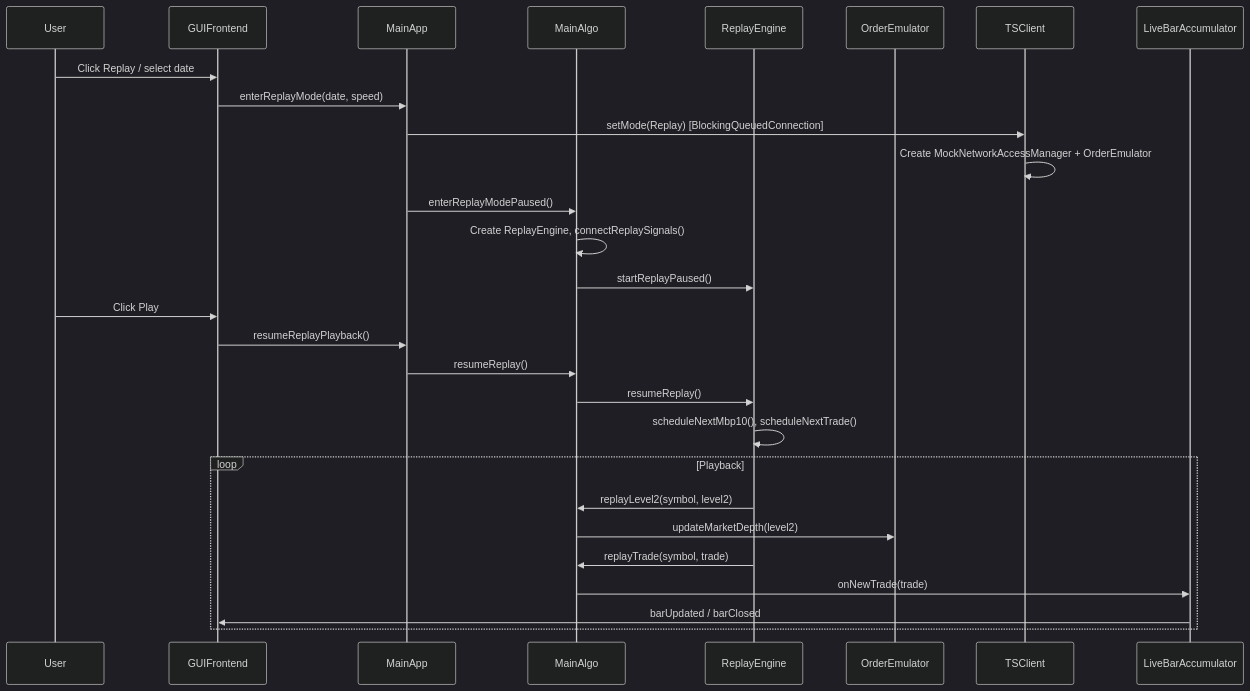
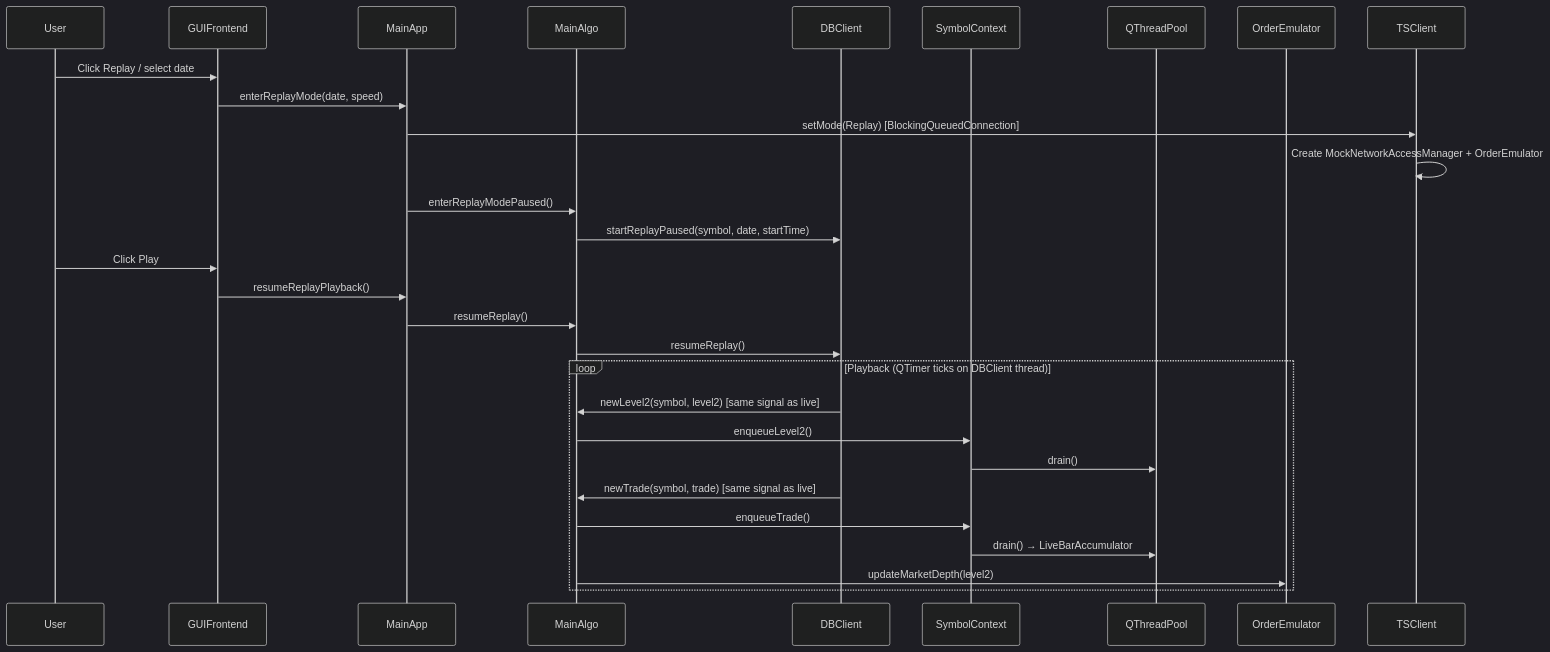
The sixth of 6 diagrams in Doc/ARCHITECTURE.md (simonbeaudoin0935/OpenTraderPlatform), drawn with Mermaid (dark theme) before and after one commit. The commit also changed other lines of this file and 6 other files, not shown here.

````diff
--- a/Doc/ARCHITECTURE.md
+++ b/Doc/ARCHITECTURE.md
@@ -585,32 +590,34 @@
 ```mermaid
 sequenceDiagram
     participant User
     participant GUIFrontend
     participant MainApp
     participant MainAlgo
-    participant ReplayEngine
+    participant DBClient
+    participant SymbolContext
+    participant QThreadPool
     participant OrderEmulator
     participant TSClient
 
     User->>GUIFrontend: Click Replay / select date
     GUIFrontend->>MainApp: enterReplayMode(date, speed)
     MainApp->>TSClient: setMode(Replay) [BlockingQueuedConnection]
     TSClient->>TSClient: Create MockNetworkAccessManager + OrderEmulator
     MainApp->>MainAlgo: enterReplayModePaused()
-    MainAlgo->>MainAlgo: Create ReplayEngine, connectReplaySignals()
-    MainAlgo->>ReplayEngine: startReplayPaused()
+    MainAlgo->>DBClient: startReplayPaused(symbol, date, startTime)
 
     User->>GUIFrontend: Click Play
     GUIFrontend->>MainApp: resumeReplayPlayback()
     MainApp->>MainAlgo: resumeReplay()
-    MainAlgo->>ReplayEngine: resumeReplay()
-    ReplayEngine->>ReplayEngine: scheduleNextMbp10(), scheduleNextTrade()
+    MainAlgo->>DBClient: resumeReplay()
 
-    loop Playback
-        ReplayEngine->>MainAlgo: replayLevel2(symbol, level2)
+    loop Playback (QTimer ticks on DBClient thread)
+        DBClient->>MainAlgo: newLevel2(symbol, level2) [same signal as live]
+        MainAlgo->>SymbolContext: enqueueLevel2()
+        SymbolContext->>QThreadPool: drain()
+        DBClient->>MainAlgo: newTrade(symbol, trade) [same signal as live]
+        MainAlgo->>SymbolContext: enqueueTrade()
+        SymbolContext->>QThreadPool: drain() → LiveBarAccumulator
         MainAlgo->>OrderEmulator: updateMarketDepth(level2)
-        ReplayEngine->>MainAlgo: replayTrade(symbol, trade)
-        MainAlgo->>LiveBarAccumulator: onNewTrade(trade)
-        LiveBarAccumulator->>GUIFrontend: barUpdated / barClosed
     end
 ```
````
